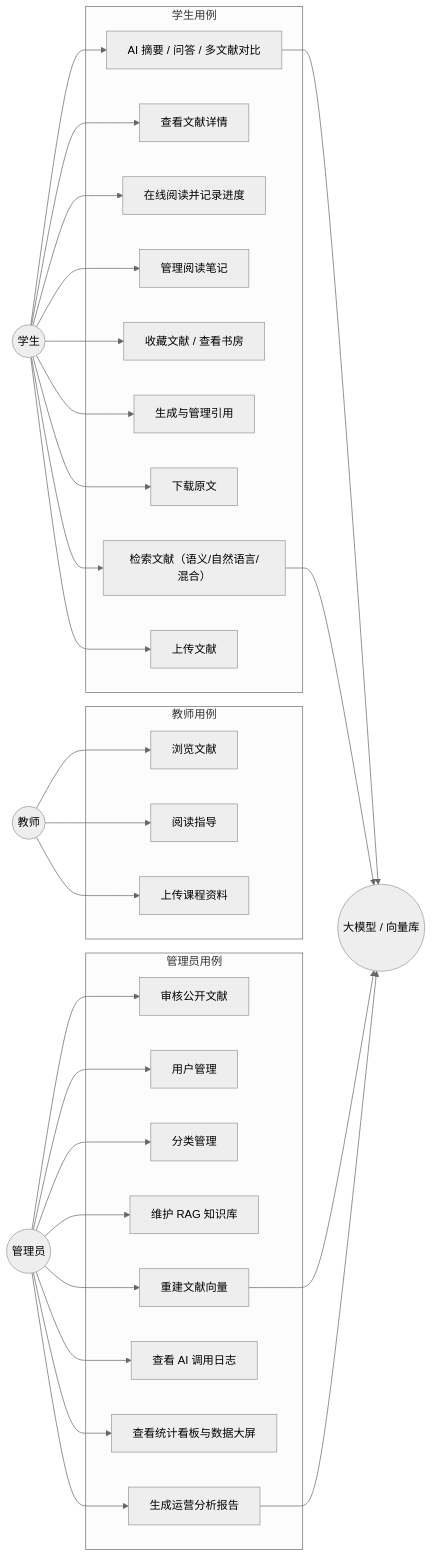
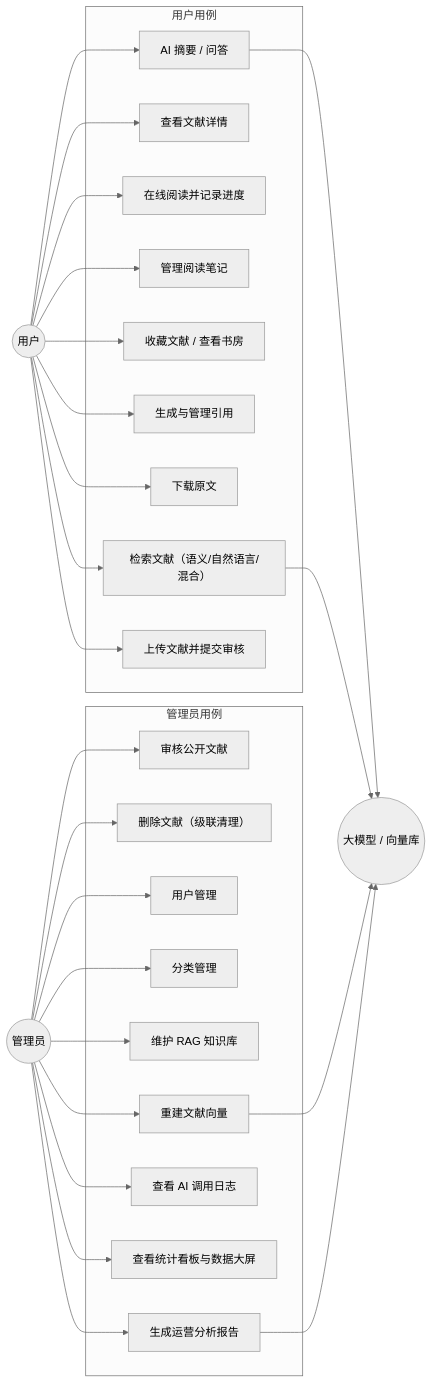
Before and after one commit to MaouXY/ScholarMind: the third of 13 diagrams in doc/AI图书馆文献检索与阅读助手-05-设计图表.md, drawn with Mermaid (neutral theme). The commit also changed other lines of this file and 47 other files, not shown here.

````diff
--- a/doc/AI图书馆文献检索与阅读助手-05-设计图表.md
+++ b/doc/AI图书馆文献检索与阅读助手-05-设计图表.md
@@ -131,44 +130,37 @@
 ```mermaid
 flowchart LR
-    STUDENT(("学生"))
-    TEACHER(("教师"))
+    USER(("用户"))
     ADMIN(("管理员"))
     AI(("大模型 / 向量库"))
 
-    subgraph UC_STUDENT["学生用例"]
+    subgraph UC_USER["用户用例"]
         U1["检索文献（语义/自然语言/混合）"]
         U2["查看文献详情"]
         U3["在线阅读并记录进度"]
         U4["管理阅读笔记"]
         U5["收藏文献 / 查看书房"]
         U6["生成与管理引用"]
         U7["下载原文"]
-        U8["AI 摘要 / 问答 / 多文献对比"]
-        U9["上传文献"]
-    end
-
-    subgraph UC_TEACHER["教师用例"]
-        T1["浏览文献"]
-        T2["阅读指导"]
-        T3["上传课程资料"]
+        U8["AI 摘要 / 问答"]
+        U9["上传文献并提交审核"]
     end
 
     subgraph UC_ADMIN["管理员用例"]
         A1["审核公开文献"]
-        A2["用户管理"]
-        A3["分类管理"]
-        A4["维护 RAG 知识库"]
-        A5["重建文献向量"]
-        A6["查看 AI 调用日志"]
-        A7["查看统计看板与数据大屏"]
-        A8["生成运营分析报告"]
+        A2["删除文献（级联清理）"]
+        A3["用户管理"]
+        A4["分类管理"]
+        A5["维护 RAG 知识库"]
+        A6["重建文献向量"]
+        A7["查看 AI 调用日志"]
+        A8["查看统计看板与数据大屏"]
+        A9["生成运营分析报告"]
     end
 
-    STUDENT --> U1 & U2 & U3 & U4 & U5 & U6 & U7 & U8 & U9
-    TEACHER --> T1 & T2 & T3
-    ADMIN --> A1 & A2 & A3 & A4 & A5 & A6 & A7 & A8
+    USER --> U1 & U2 & U3 & U4 & U5 & U6 & U7 & U8 & U9
+    ADMIN --> A1 & A2 & A3 & A4 & A5 & A6 & A7 & A8 & A9
     U8 --> AI
     U1 --> AI
-    A5 --> AI
-    A8 --> AI
+    A6 --> AI
+    A9 --> AI
 ```
````
